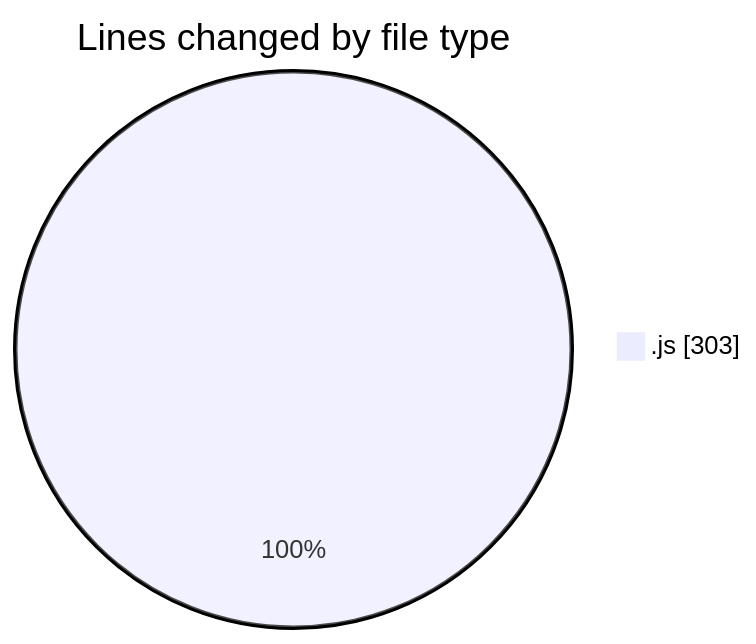
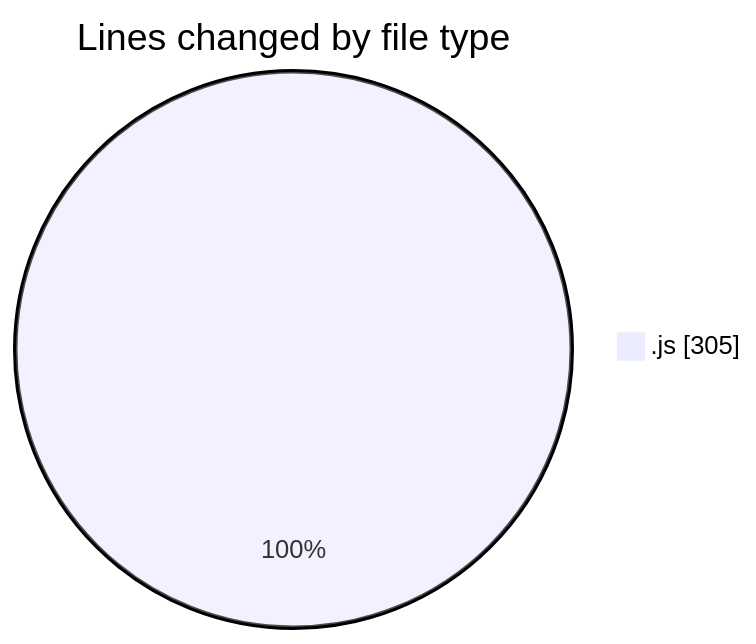
The first of 2 diagrams in 2025-03-21/javascript/README.md (BS-eng2023/code-tracking), drawn with Mermaid before and after one commit. The commit also changed other lines of this file and 1 other file, not shown here.

````diff
--- a/2025-03-21/javascript/README.md
+++ b/2025-03-21/javascript/README.md
@@ -25,5 +25,5 @@
 ```mermaid
 pie showData
 title Lines changed by file type
-".js" : 303
+".js" : 305
 ```
````
